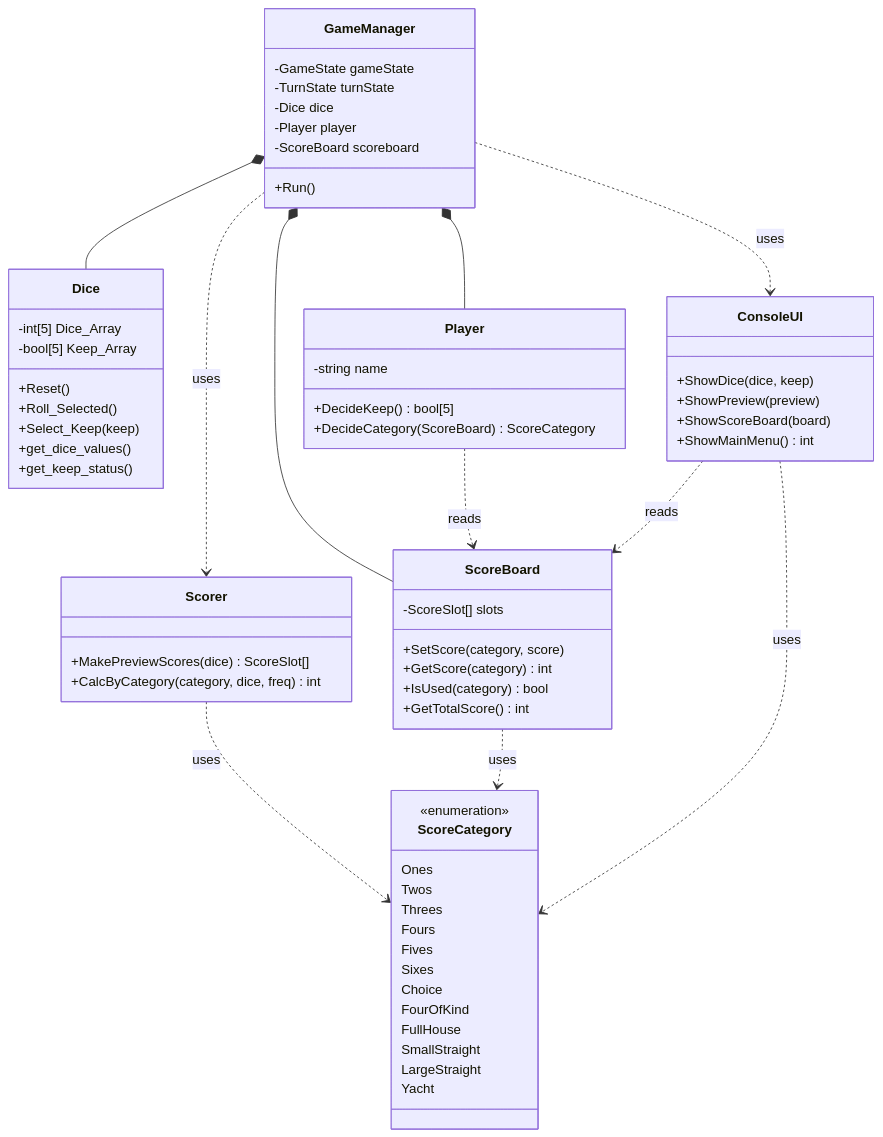
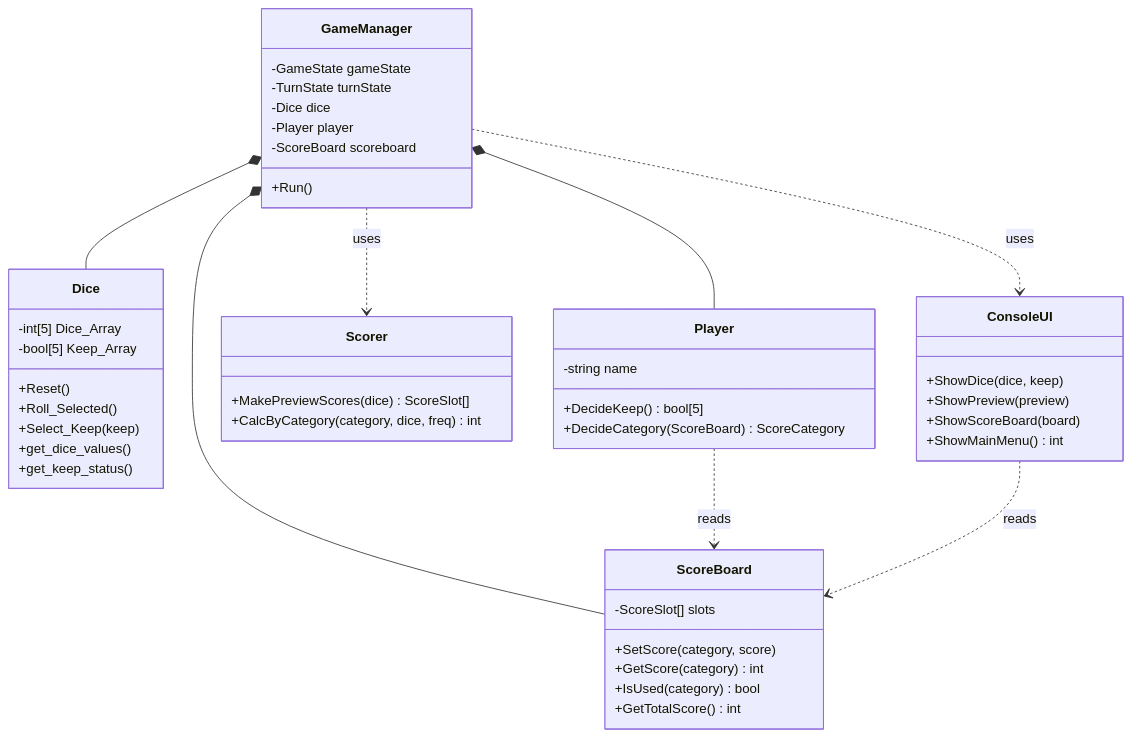
One commit to phjang0408/YachtDice changed the first of 2 diagrams in README.md. Above: the diagram before and after it, drawn with Mermaid. The commit also changed other lines of this file and 20 other files, not shown here.

````diff
--- a/README.md
+++ b/README.md
@@ -34,68 +125,50 @@
 ```mermaid
 classDiagram
     class GameManager {
         -GameState gameState
         -TurnState turnState
         -Dice dice
         -Player player
         -ScoreBoard scoreboard
         +Run()
     }
     class Dice {
         -int[5] Dice_Array
         -bool[5] Keep_Array
         +Reset()
         +Roll_Selected()
         +Select_Keep(keep)
         +get_dice_values()
         +get_keep_status()
     }
     class Player {
         -string name
         +DecideKeep() bool[5]
         +DecideCategory(ScoreBoard) ScoreCategory
     }
     class Scorer {
         +MakePreviewScores(dice) ScoreSlot[]
         +CalcByCategory(category, dice, freq) int
     }
     class ScoreBoard {
         -ScoreSlot[] slots
         +SetScore(category, score)
         +GetScore(category) int
         +IsUsed(category) bool
         +GetTotalScore() int
     }
-    class ScoreCategory {
-        <<enumeration>>
-        Ones
-        Twos
-        Threes
-        Fours
-        Fives
-        Sixes
-        Choice
-        FourOfKind
-        FullHouse
-        SmallStraight
-        LargeStraight
-        Yacht
-    }
     class ConsoleUI {
         +ShowDice(dice, keep)
         +ShowPreview(preview)
         +ShowScoreBoard(board)
         +ShowMainMenu() int
     }
 
     GameManager *-- Dice
     GameManager *-- Player
     GameManager *-- ScoreBoard
     GameManager ..> Scorer : uses
     GameManager ..> ConsoleUI : uses
     Player ..> ScoreBoard : reads
-    Scorer ..> ScoreCategory : uses
-    ScoreBoard ..> ScoreCategory : uses
     ConsoleUI ..> ScoreBoard : reads
-    ConsoleUI ..> ScoreCategory : uses
 ```
````
